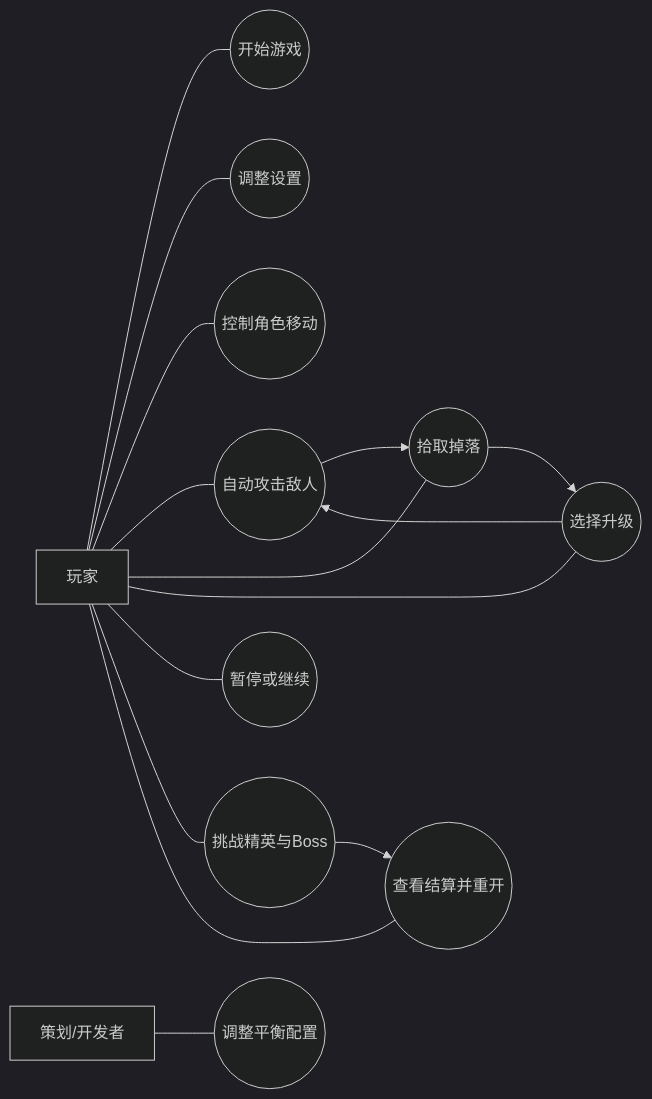
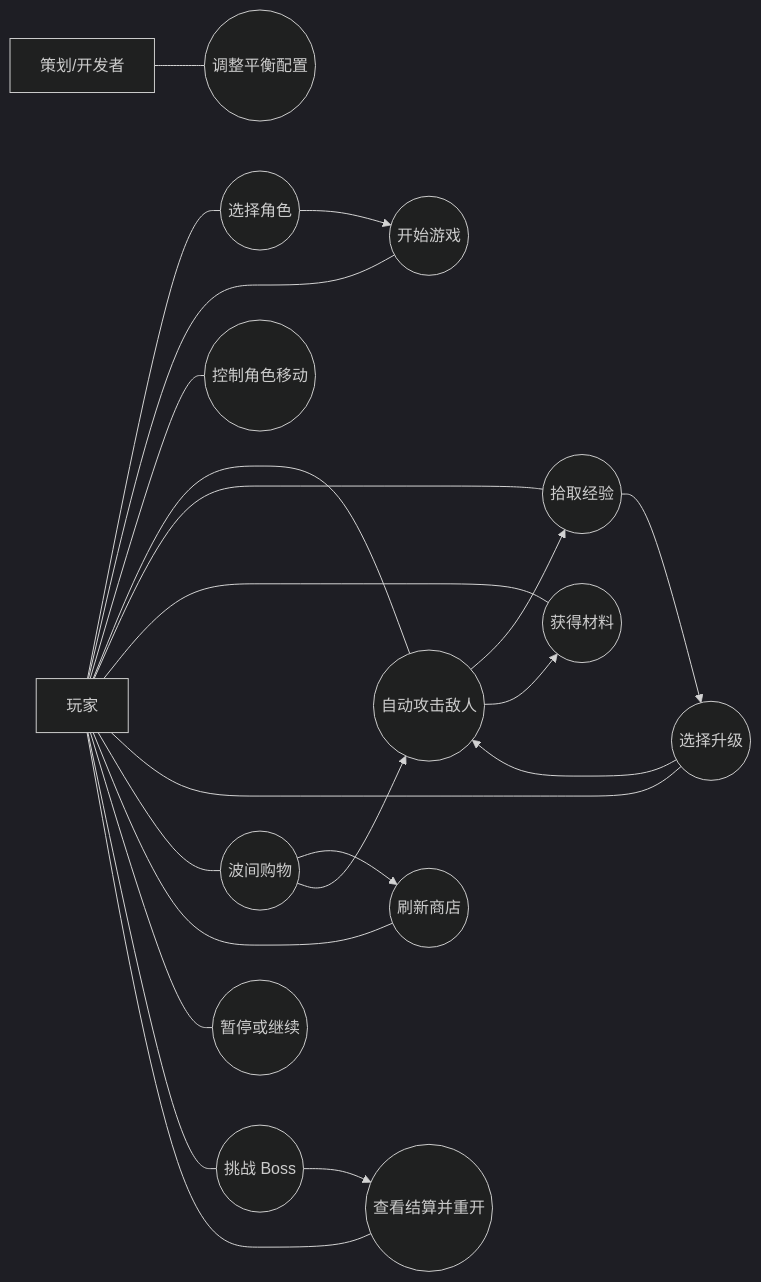
One commit to TianY66/wax_melon_brother changed the diagram in docs/05-use-cases.md. Above: the diagram before and after it, drawn with Mermaid (dark theme). The commit also changed other lines of this file and 58 other files, not shown here.

````diff
--- a/docs/05-use-cases.md
+++ b/docs/05-use-cases.md
@@ -13,33 +10,43 @@
 ```mermaid
 flowchart LR
     player[玩家]
     designer[策划/开发者]
 
-    uc1((开始游戏))
-    uc2((调整设置))
+    uc1((选择角色))
+    uc2((开始游戏))
     uc3((控制角色移动))
     uc4((自动攻击敌人))
-    uc5((拾取掉落))
-    uc6((选择升级))
-    uc7((暂停或继续))
-    uc8((挑战精英与Boss))
-    uc9((查看结算并重开))
-    uc10((调整平衡配置))
+    uc5((拾取经验))
+    uc6((获得材料))
+    uc7((选择升级))
+    uc8((波间购物))
+    uc9((刷新商店))
+    uc10((暂停或继续))
+    uc11((挑战 Boss))
+    uc12((查看结算并重开))
+    uc13((调整平衡配置))
 
     player --- uc1
     player --- uc2
     player --- uc3
     player --- uc4
     player --- uc5
     player --- uc6
     player --- uc7
     player --- uc8
     player --- uc9
+    player --- uc10
+    player --- uc11
+    player --- uc12
 
-    designer --- uc10
+    designer --- uc13
 
+    uc1 --> uc2
     uc4 --> uc5
-    uc5 --> uc6
-    uc6 --> uc4
+    uc4 --> uc6
+    uc5 --> uc7
+    uc7 --> uc4
     uc8 --> uc9
+    uc8 --> uc4
+    uc11 --> uc12
 ```
````
